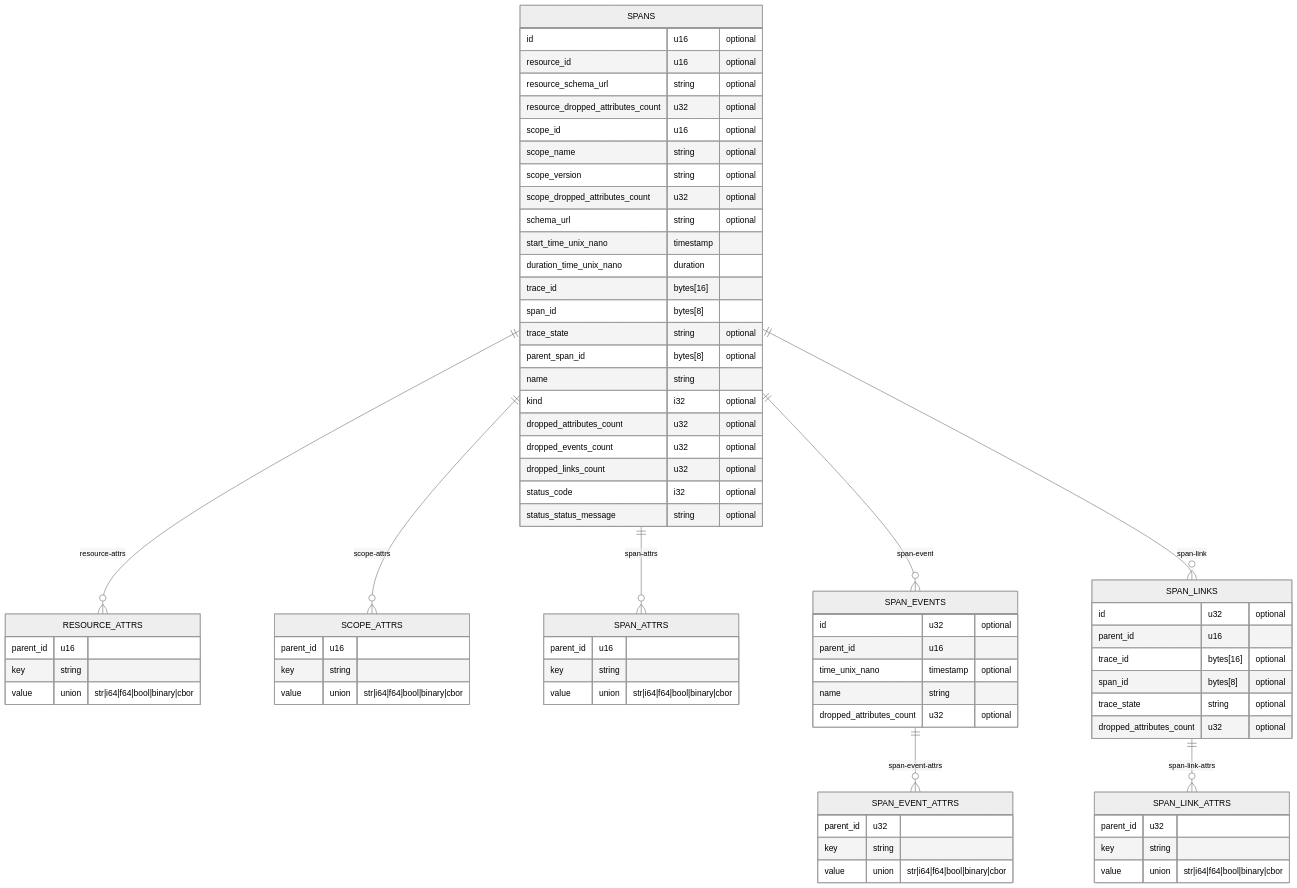
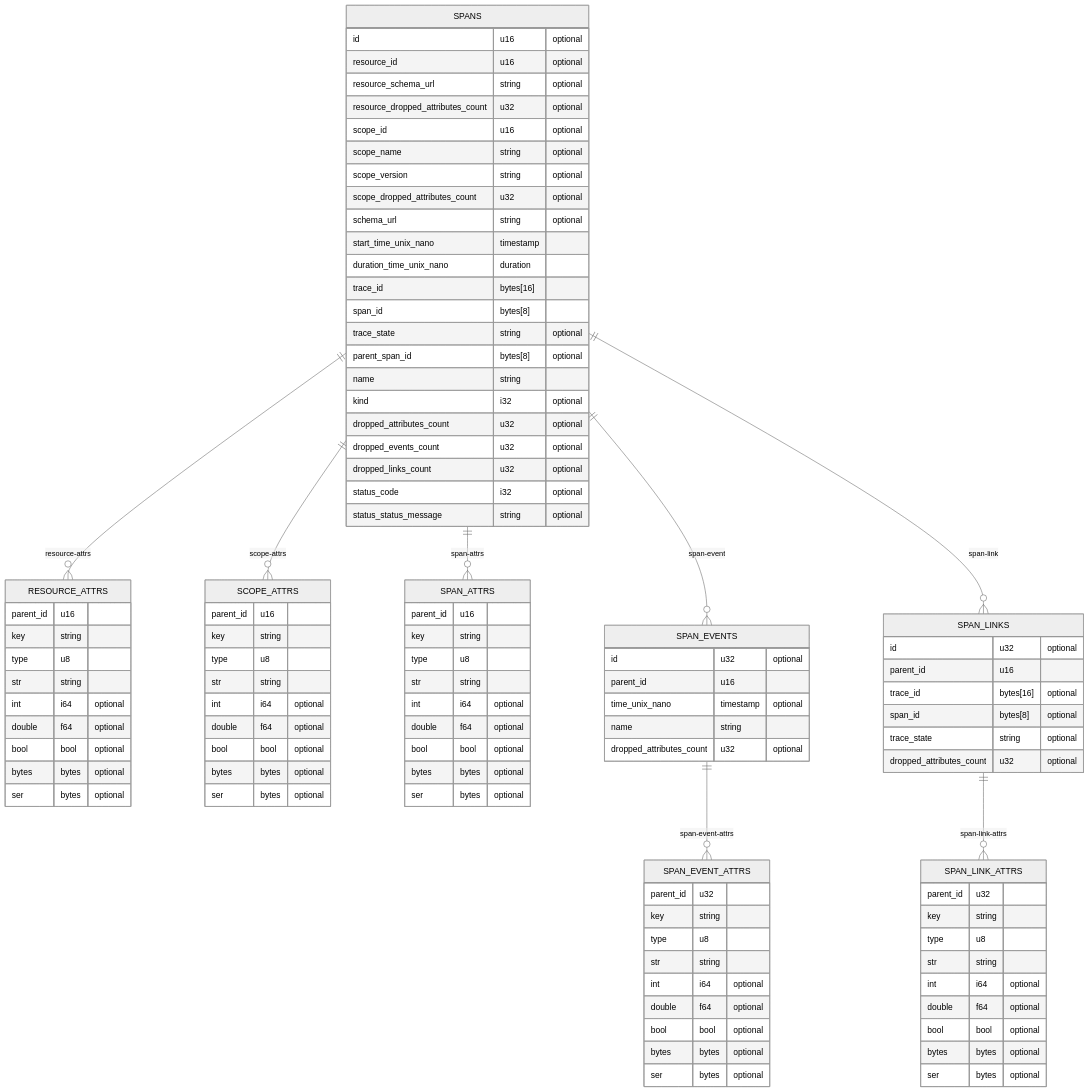
One commit to f5/otel-arrow-adapter changed the third of 3 diagrams in docs/data_model.md. Above: the diagram before and after it, drawn with Mermaid (neutral theme). The commit also changed other lines of this file and 6 other files, not shown here.

````diff
--- a/docs/data_model.md
+++ b/docs/data_model.md
@@ -274,15 +346,16 @@
     SPANS ||--o{ SPAN_LINKS : span-link
     SPAN_EVENTS ||--o{ SPAN_EVENT_ATTRS : span-event-attrs
     SPAN_LINKS ||--o{ SPAN_LINK_ATTRS : span-link-attrs
-    SPAN_EVENT_ATTRS{
-        parent_id u32
-        key string
-        value union "str|i64|f64|bool|binary|cbor"
-    }
     SPAN_LINK_ATTRS{
-        parent_id u32
-        key string
-        value union "str|i64|f64|bool|binary|cbor"
+        parent_id u32 
+        key string 
+        type u8 
+        str string 
+        int i64 "optional"
+        double f64 "optional"
+        bool bool "optional"
+        bytes bytes "optional"
+        ser bytes "optional"
     }
     SPANS{
         id u16 "optional"
@@ -294,13 +367,13 @@
         scope_version string "optional"
         scope_dropped_attributes_count u32 "optional"
         schema_url string "optional"
-        start_time_unix_nano timestamp
-        duration_time_unix_nano duration
-        trace_id bytes[16]
-        span_id bytes[8]
+        start_time_unix_nano timestamp 
+        duration_time_unix_nano duration 
+        trace_id bytes[16] 
+        span_id bytes[8] 
         trace_state string "optional"
         parent_span_id bytes[8] "optional"
-        name string
+        name string 
         kind i32 "optional"
         dropped_attributes_count u32 "optional"
         dropped_events_count u32 "optional"
@@ -309,33 +382,62 @@
         status_status_message string "optional"
     }
     RESOURCE_ATTRS{
-        parent_id u16
-        key string
-        value union "str|i64|f64|bool|binary|cbor"
+        parent_id u16 
+        key string 
+        type u8 
+        str string 
+        int i64 "optional"
+        double f64 "optional"
+        bool bool "optional"
+        bytes bytes "optional"
+        ser bytes "optional"
     }
     SCOPE_ATTRS{
-        parent_id u16
-        key string
-        value union "str|i64|f64|bool|binary|cbor"
+        parent_id u16 
+        key string 
+        type u8 
+        str string 
+        int i64 "optional"
+        double f64 "optional"
+        bool bool "optional"
+        bytes bytes "optional"
+        ser bytes "optional"
     }
     SPAN_ATTRS{
-        parent_id u16
-        key string
-        value union "str|i64|f64|bool|binary|cbor"
+        parent_id u16 
+        key string 
+        type u8 
+        str string 
+        int i64 "optional"
+        double f64 "optional"
+        bool bool "optional"
+        bytes bytes "optional"
+        ser bytes "optional"
     }
     SPAN_EVENTS{
         id u32 "optional"
-        parent_id u16
+        parent_id u16 
         time_unix_nano timestamp "optional"
-        name string
+        name string 
         dropped_attributes_count u32 "optional"
     }
     SPAN_LINKS{
         id u32 "optional"
-        parent_id u16
+        parent_id u16 
         trace_id bytes[16] "optional"
         span_id bytes[8] "optional"
         trace_state string "optional"
         dropped_attributes_count u32 "optional"
     }
+    SPAN_EVENT_ATTRS{
+        parent_id u32 
+        key string 
+        type u8 
+        str string 
+        int i64 "optional"
+        double f64 "optional"
+        bool bool "optional"
+        bytes bytes "optional"
+        ser bytes "optional"
+    }
 ```
````
